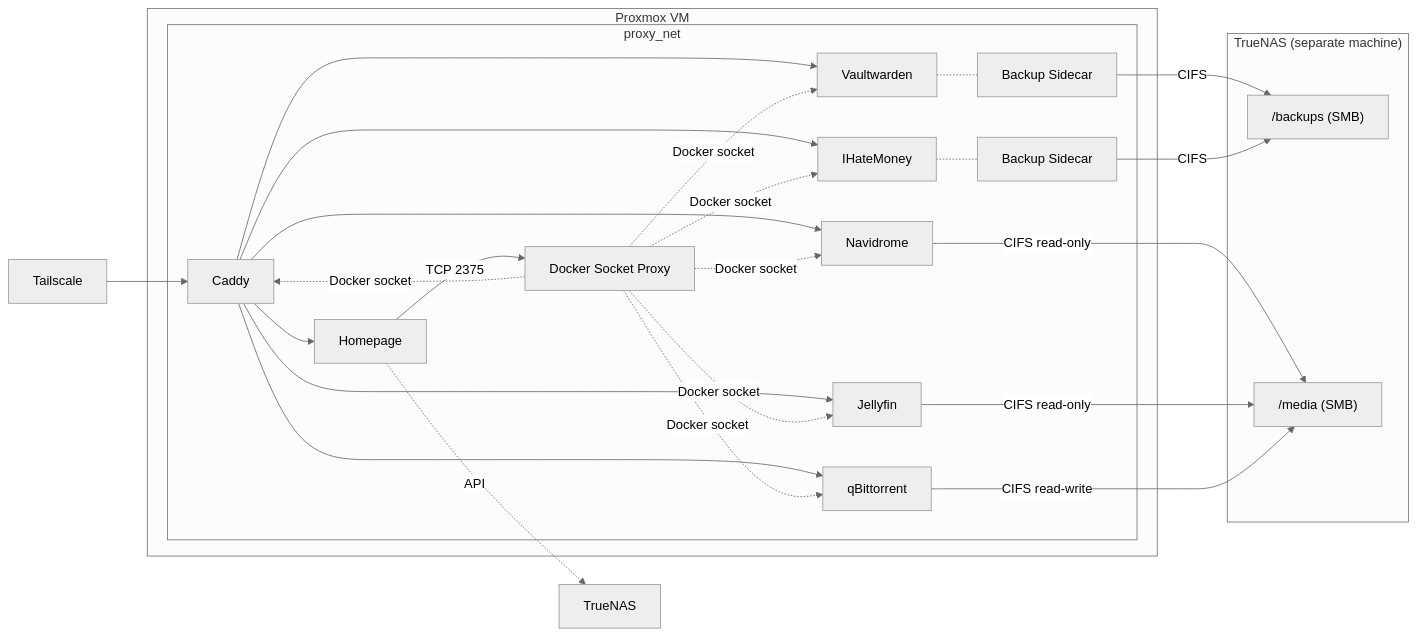
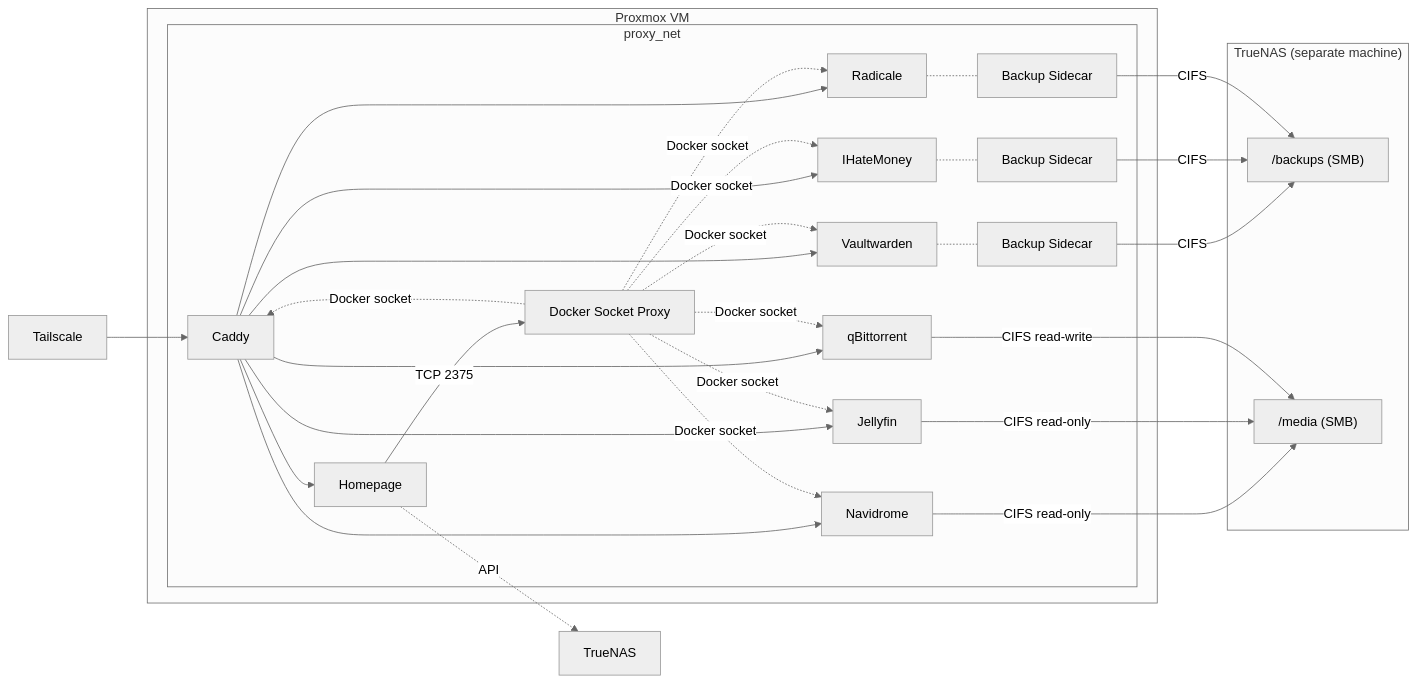
One commit to masolnada/homelab changed the first of 2 diagrams in README.md. Above: the diagram before and after it, drawn with Mermaid (neutral theme). The commit also changed other lines of this file and 5 other files, not shown here.

````diff
--- a/README.md
+++ b/README.md
@@ -7,37 +7,41 @@
 ```mermaid
 graph LR
     TS[Tailscale] --> Caddy
 
     subgraph VM["Proxmox VM"]
         subgraph proxy_net
             Caddy --> Homepage
             Caddy --> Vaultwarden
             Caddy --> Navidrome
             Caddy --> IHateMoney
             Caddy --> Jellyfin
             Caddy --> qBittorrent
+            Caddy --> Radicale
             Homepage -->|TCP 2375| DockerProxy[Docker Socket Proxy]
             DockerProxy -.->|Docker socket| Caddy
             DockerProxy -.->|Docker socket| Vaultwarden
             DockerProxy -.->|Docker socket| Navidrome
             DockerProxy -.->|Docker socket| IHateMoney
             DockerProxy -.->|Docker socket| Jellyfin
             DockerProxy -.->|Docker socket| qBittorrent
+            DockerProxy -.->|Docker socket| Radicale
             Vaultwarden -.- Backup[Backup Sidecar]
             IHateMoney -.- IHMBackup[Backup Sidecar]
+            Radicale -.- RadBackup[Backup Sidecar]
         end
     end
 
     subgraph NAS["TrueNAS (separate machine)"]
         backups["/backups (SMB)"]
         media["/media (SMB)"]
     end
 
     Homepage -.->|API| TrueNAS
 
     Backup -->|CIFS| backups
     IHMBackup -->|CIFS| backups
+    RadBackup -->|CIFS| backups
     Navidrome -->|CIFS read-only| media
     Jellyfin -->|CIFS read-only| media
     qBittorrent -->|CIFS read-write| media
 ```
````
